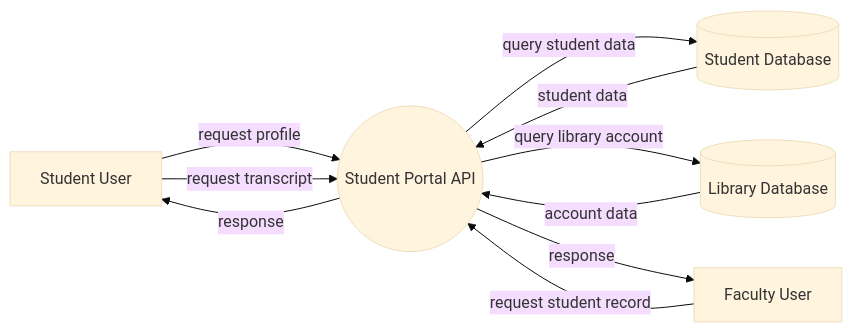
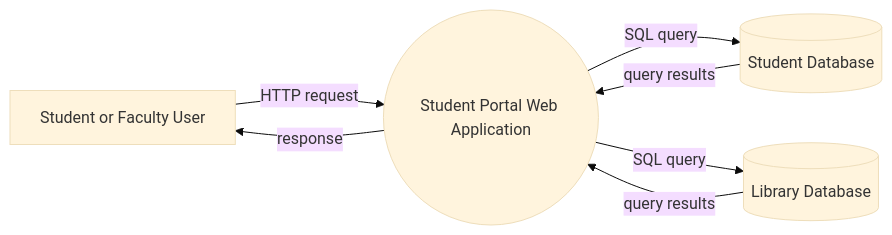
One commit to jlopez1265/GMU-CYSE411 changed the diagram in extra-exe2/exe2/README.md. Above: the diagram before and after it, drawn with Mermaid (base theme). The commit also changed other lines of this file, not shown here.

````diff
--- a/extra-exe2/exe2/README.md
+++ b/extra-exe2/exe2/README.md
@@ -57,24 +85,20 @@
 ```mermaid
 flowchart LR
 
-Student[Student User]
-Faculty[Faculty User]
+User[Student or Faculty User]
 
-API((Student Portal API))
+WebApp((Student Portal Web Application))
 
 StudentDB[(Student Database)]
 LibraryDB[(Library Database)]
 
-Student -- request profile --> API
-Student -- request transcript --> API
-Faculty -- request student record --> API
+User -- HTTP request --> WebApp
 
-API -- query student data --> StudentDB
-API -- query library account --> LibraryDB
+WebApp -- SQL query --> StudentDB
+WebApp -- SQL query --> LibraryDB
 
-StudentDB -- student data --> API
-LibraryDB -- account data --> API
+StudentDB -- query results --> WebApp
+LibraryDB -- query results --> WebApp
 
-API -- response --> Student
-API -- response --> Faculty
+WebApp -- response --> User
 ```
````
